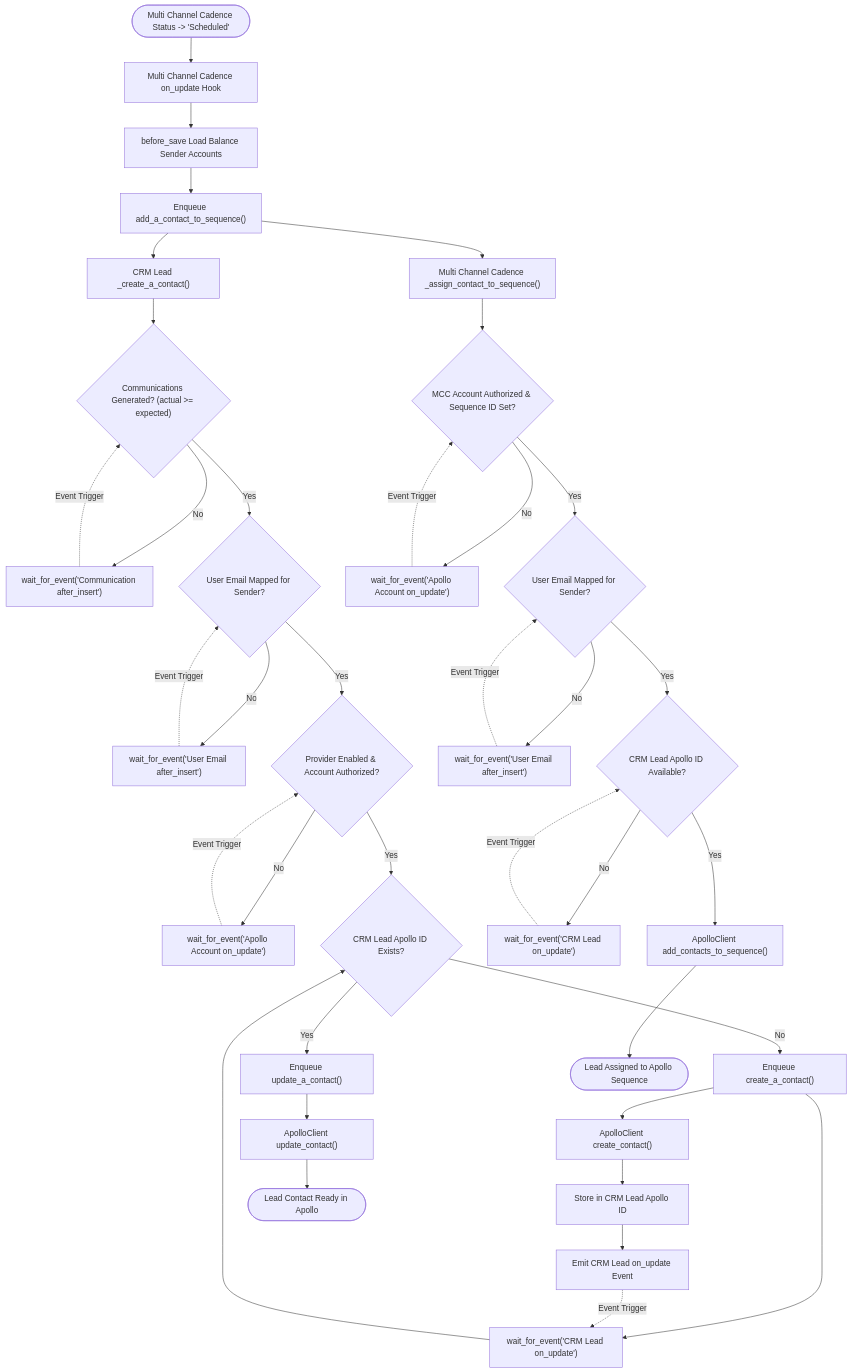
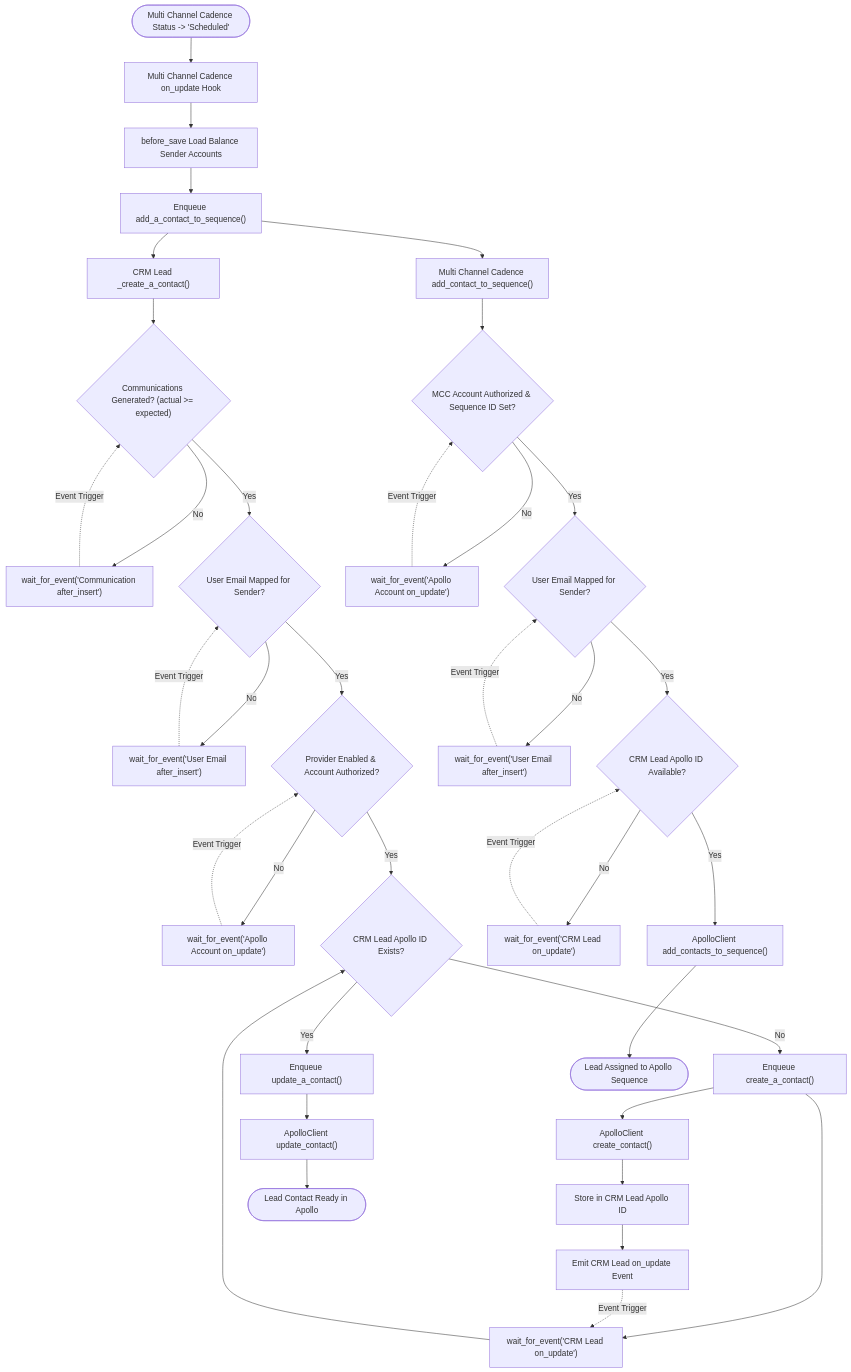
The diagram in docs/architecture/bpmn/04-contact-sequence-assignment.md (aurumorcom/frappe-apollo), drawn with Mermaid before and after one commit. The commit also changed 2 other files, not shown here.

Commit message:
docs: update function name references
Update documentation to reflect the renaming of the internal function
`_assign_contact_to_sequence()` to `add_contact_to_sequence()`. This
change removes the leading underscore convention to indicate the function
is now part of the public API.

The updates are made across three documentation files:
- arc42 runtime view diagram
- BPMN sequence assignment diagram
- AGENTS.md function reference

````diff
--- a/docs/architecture/bpmn/04-contact-sequence-assignment.md
+++ b/docs/architecture/bpmn/04-contact-sequence-assignment.md
@@ -10,47 +10,47 @@
 ```mermaid
 flowchart TD
     MCCScheduled(["Multi Channel Cadence Status -> 'Scheduled'"]) --> OnUpdateMCC["Multi Channel Cadence on_update Hook"]
     OnUpdateMCC --> LoadBalanceAccount["before_save Load Balance Sender Accounts"]
     LoadBalanceAccount --> EnqueueAddContact["Enqueue add_a_contact_to_sequence()"]
     
     %% Contact Creation Subflow (_create_a_contact)
     EnqueueAddContact --> CreateContactTask["CRM Lead _create_a_contact()"]
     CreateContactTask --> CheckCommsCreated{"Communications Generated? (actual >= expected)"}
     CheckCommsCreated -- No --> WaitComms["wait_for_event('Communication after_insert')"]
     WaitComms -. Event Trigger .-> CheckCommsCreated
     CheckCommsCreated -- Yes --> CheckUserEmail{"User Email Mapped for Sender?"}
     
     CheckUserEmail -- No --> WaitUserEmail["wait_for_event('User Email after_insert')"]
     WaitUserEmail -. Event Trigger .-> CheckUserEmail
     CheckUserEmail -- Yes --> CheckProviderAndAccount{"Provider Enabled & Account Authorized?"}
     
     CheckProviderAndAccount -- No --> WaitLeadAccount["wait_for_event('Apollo Account on_update')"]
     WaitLeadAccount -. Event Trigger .-> CheckProviderAndAccount
     CheckProviderAndAccount -- Yes --> CheckLeadApolloID{"CRM Lead Apollo ID Exists?"}
     
     CheckLeadApolloID -- No --> EnqueueCreateContact["Enqueue create_a_contact()"]
     EnqueueCreateContact --> WaitLeadContact["wait_for_event('CRM Lead on_update')"]
     EnqueueCreateContact --> CallCreateContactAPI["ApolloClient create_contact()"]
     CallCreateContactAPI --> SaveLeadApolloID["Store in CRM Lead Apollo ID"]
     SaveLeadApolloID --> EmitLeadUpdate["Emit CRM Lead on_update Event"]
     EmitLeadUpdate -. Event Trigger .-> WaitLeadContact
     WaitLeadContact --> CheckLeadApolloID
     
     CheckLeadApolloID -- Yes --> EnqueueUpdateContact["Enqueue update_a_contact()"]
     EnqueueUpdateContact --> CallUpdateContactAPI["ApolloClient update_contact()"]
     CallUpdateContactAPI --> ContactCreatedReady(["Lead Contact Ready in Apollo"])
     
-    %% Sequence Assignment Subflow (_assign_contact_to_sequence)
-    EnqueueAddContact --> AssignSequence["Multi Channel Cadence _assign_contact_to_sequence()"]
+    %% Sequence Assignment Subflow (add_contact_to_sequence)
+    EnqueueAddContact --> AssignSequence["Multi Channel Cadence add_contact_to_sequence()"]
     AssignSequence --> CheckMCCSeqAccount{"MCC Account Authorized & Sequence ID Set?"}
     CheckMCCSeqAccount -- No --> WaitMCCSeq["wait_for_event('Apollo Account on_update')"]
     WaitMCCSeq -. Event Trigger .-> CheckMCCSeqAccount
     CheckMCCSeqAccount -- Yes --> CheckMCCUserEmail{"User Email Mapped for Sender?"}
     CheckMCCUserEmail -- No --> WaitMCCEmail["wait_for_event('User Email after_insert')"]
     WaitMCCEmail -. Event Trigger .-> CheckMCCUserEmail
     CheckMCCUserEmail -- Yes --> CheckMCCLeadContact{"CRM Lead Apollo ID Available?"}
     CheckMCCLeadContact -- No --> WaitMCCLead["wait_for_event('CRM Lead on_update')"]
     WaitMCCLead -. Event Trigger .-> CheckMCCLeadContact
     CheckMCCLeadContact -- Yes --> AddToSeqAPI["ApolloClient add_contacts_to_sequence()"]
     AddToSeqAPI --> EndContactAssign(["Lead Assigned to Apollo Sequence"])
 ```
````
